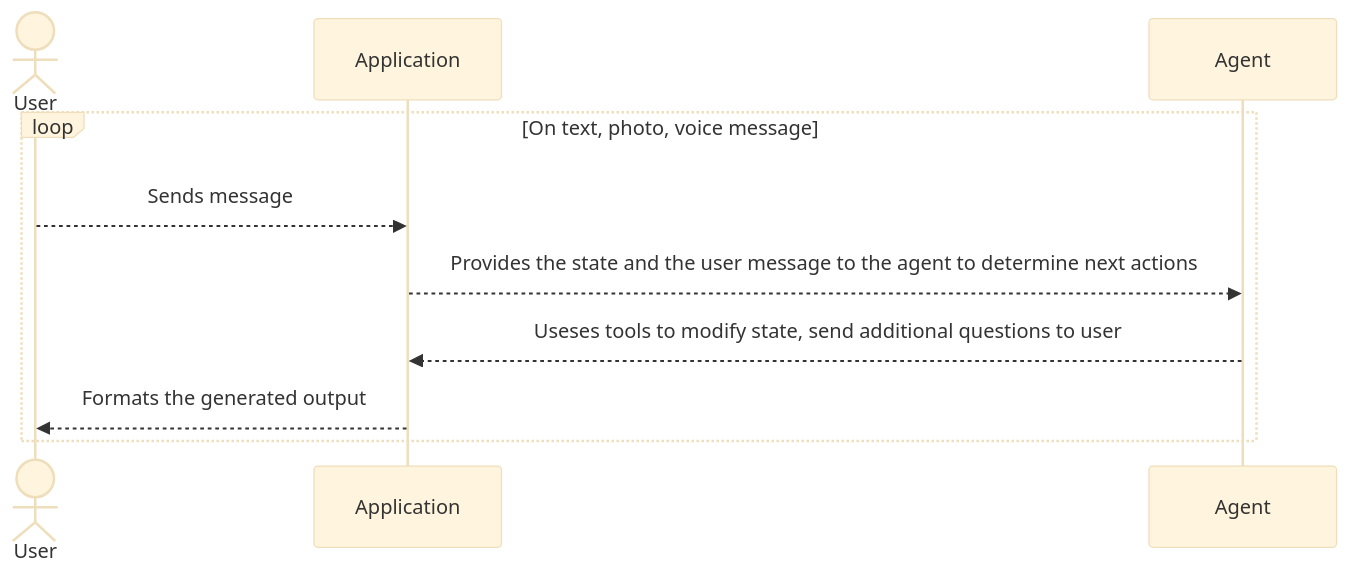
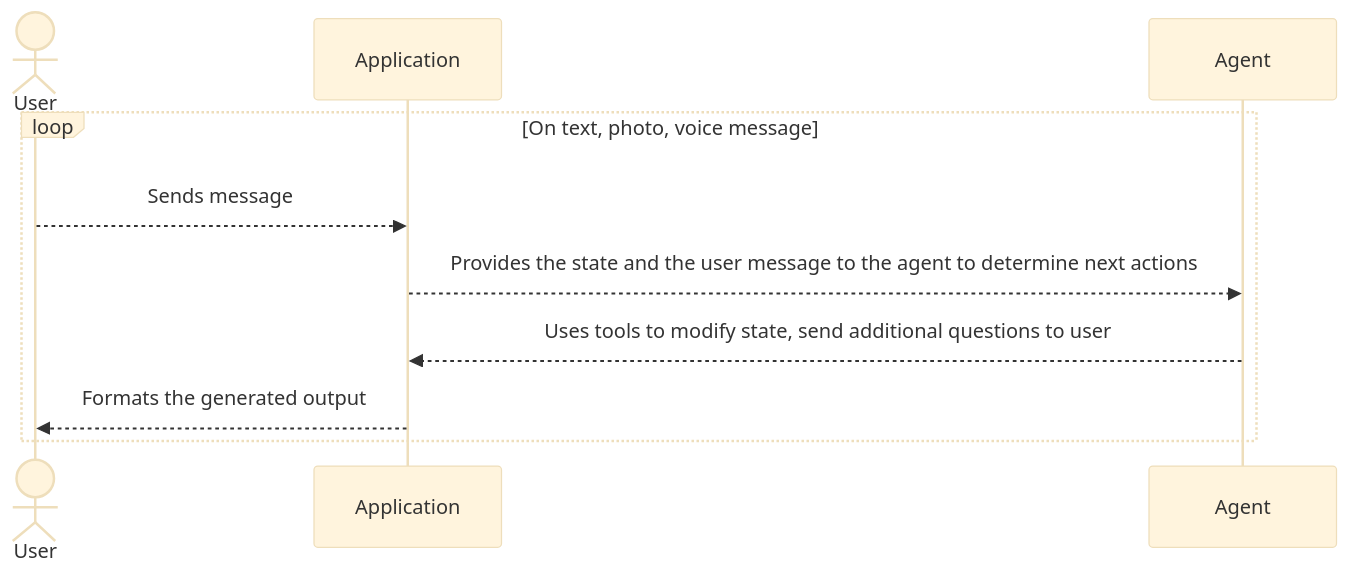
Before and after one commit to BeaverNotACat/receipt-splitting-bot: the second of 2 diagrams in docs/Domain/user flows.md, drawn with Mermaid (base theme). The commit also changed 3 other files, not shown here.

````diff
--- a/docs/Domain/user flows.md
+++ b/docs/Domain/user flows.md
@@ -11,13 +11,13 @@
 ```mermaid
 sequenceDiagram
 actor User
 participant Application #@{ "type" : "boundary" }
 participant Agent #@{ "type" : "control" }
 
 loop On text, photo, voice message
     User -->> Application: Sends message
     Application -->> Agent: Provides the state and the user message to the agent to determine next actions
-    Agent -->> Application: Useses tools to modify state, send additional questions to user
+    Agent -->> Application: Uses tools to modify state, send additional questions to user
     Application -->> User: Formats the generated output    
 end
 ```
````
